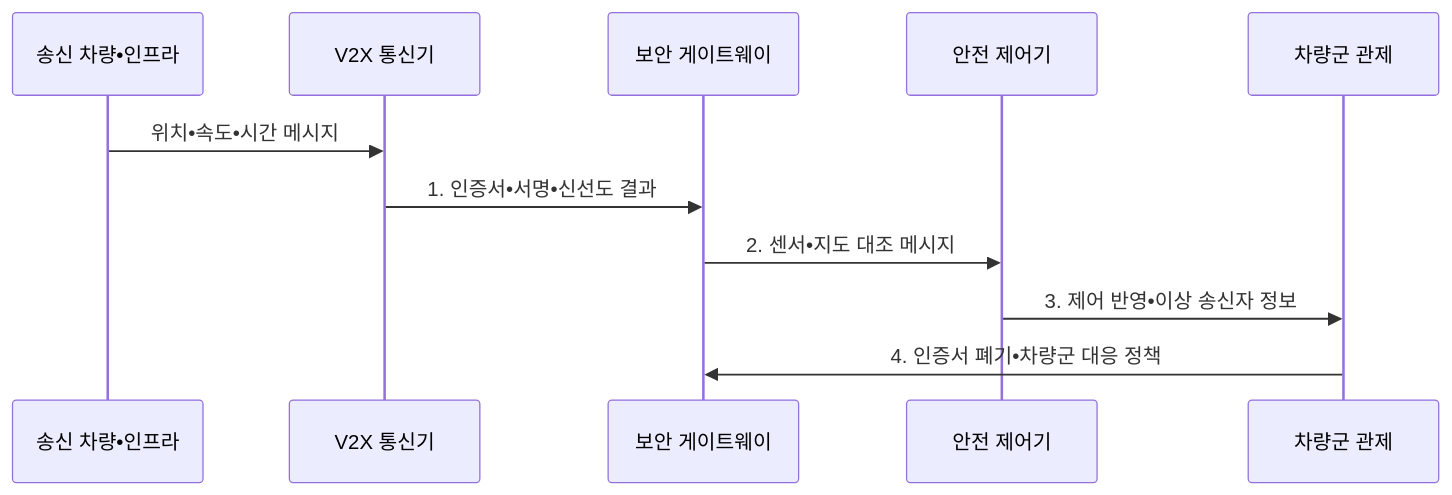
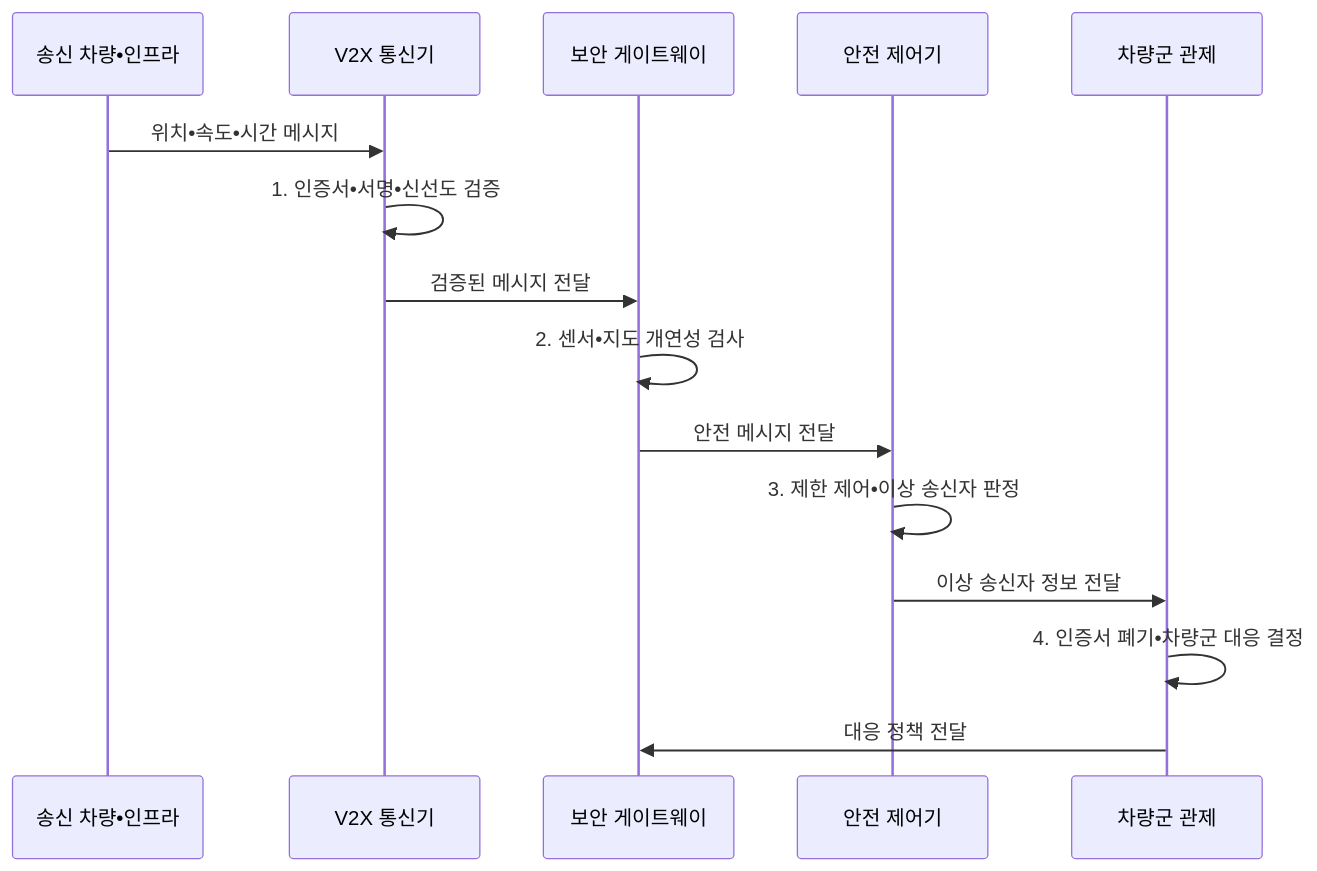
The second of 2 diagrams in src/content/docs/notes/05-security/134_vehicle_cybersecurity_v2x.md (agnusdei1207/knowledge-base), drawn with Mermaid before and after one commit. The commit also changed other lines of this file and 19 other files, not shown here.

````diff
--- a/src/content/docs/notes/05-security/134_vehicle_cybersecurity_v2x.md
+++ b/src/content/docs/notes/05-security/134_vehicle_cybersecurity_v2x.md
@@ -102,13 +102,17 @@
 ```mermaid
 sequenceDiagram
   participant S as 송신 차량•인프라
   participant R as V2X 통신기
   participant G as 보안 게이트웨이
   participant C as 안전 제어기
   participant F as 차량군 관제
   S->>R: 위치•속도•시간 메시지
-  R->>G: 1. 인증서•서명•신선도 결과
-  G->>C: 2. 센서•지도 대조 메시지
-  C->>F: 3. 제어 반영•이상 송신자 정보
-  F->>G: 4. 인증서 폐기•차량군 대응 정책
+  R->>R: 1. 인증서•서명•신선도 검증
+  R->>G: 검증된 메시지 전달
+  G->>G: 2. 센서•지도 개연성 검사
+  G->>C: 안전 메시지 전달
+  C->>C: 3. 제한 제어•이상 송신자 판정
+  C->>F: 이상 송신자 정보 전달
+  F->>F: 4. 인증서 폐기•차량군 대응 결정
+  F->>G: 대응 정책 전달
 ```
````
